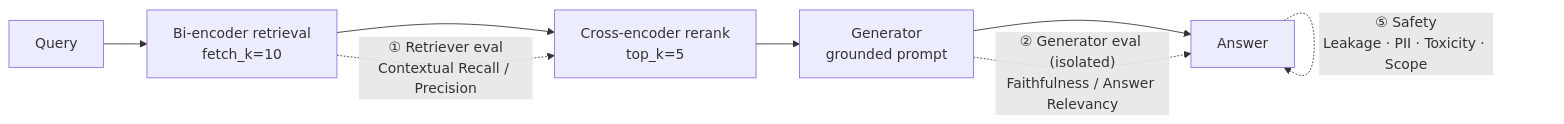
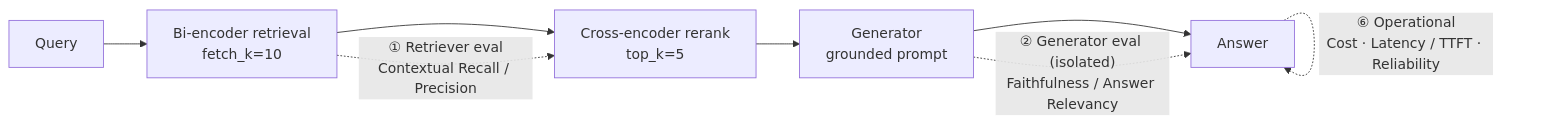
The diagram in README.md (avinashmyerolkar/llm-evaluation-suite), drawn with Mermaid before and after one commit. The commit also changed other lines of this file and 3 other files, not shown here.

First line of the commit message:
Add operational evals: cost, latency and reliability

````diff
--- a/README.md
+++ b/README.md
@@ -37,13 +41,14 @@
 ```mermaid
 flowchart LR
     Q[Query] --> R[Bi-encoder retrieval<br/>fetch_k=10]
     R --> RR[Cross-encoder rerank<br/>top_k=5]
     RR --> G[Generator<br/>grounded prompt]
     G --> A[Answer]
 
     R -. "① Retriever eval<br/>Contextual Recall / Precision" .-> RR
     G -. "② Generator eval (isolated)<br/>Faithfulness / Answer Relevancy" .-> A
     A -. "③ RAG triad (end-to-end)<br/>Ctx Relevancy · Faithfulness · Ans Relevancy" .-> A
     A -. "④ Application quality<br/>Correctness · Completeness · Style" .-> A
     A -. "⑤ Safety<br/>Leakage · PII · Toxicity · Scope" .-> A
+    A -. "⑥ Operational<br/>Cost · Latency / TTFT · Reliability" .-> A
 ```
````
